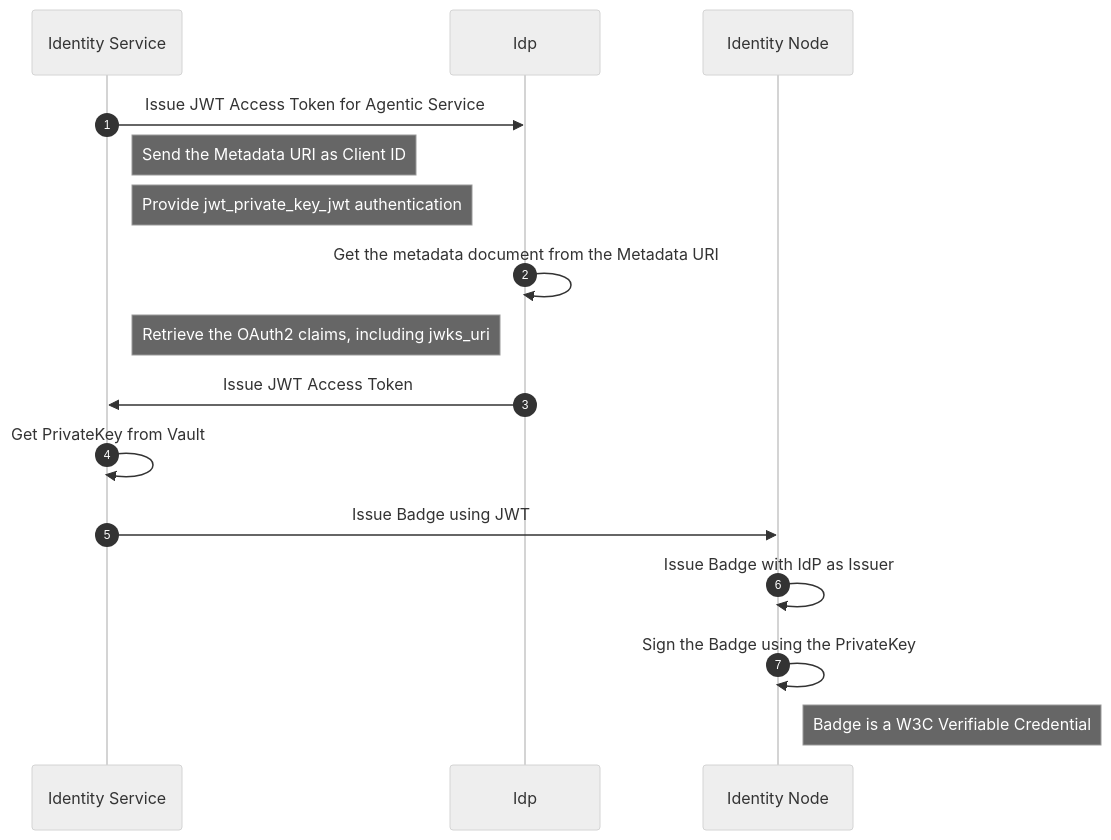
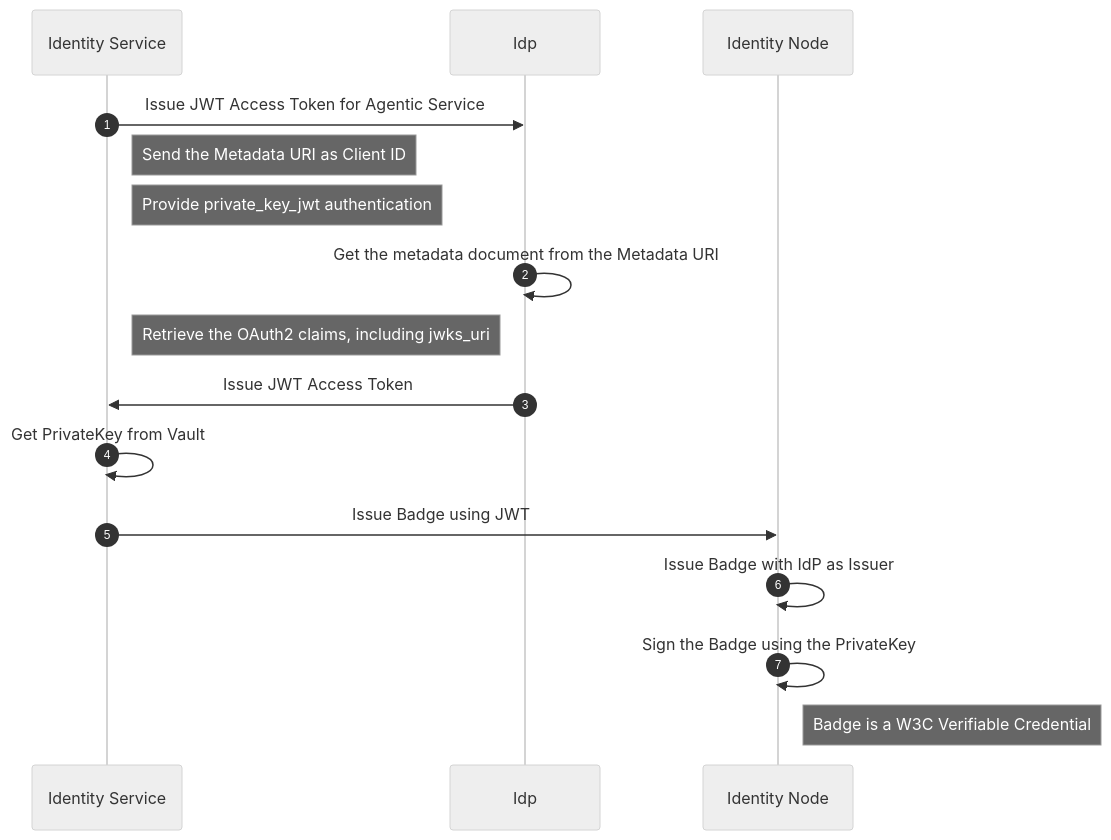
Before and after one commit to agntcy/identity-service: the fourth of 7 diagrams in docs/contribute/wip/1_DCR/proposal.md, drawn with Mermaid (neutral theme).

````diff
--- a/docs/contribute/wip/1_DCR/proposal.md
+++ b/docs/contribute/wip/1_DCR/proposal.md
@@ -83,16 +83,16 @@
 ```mermaid
 sequenceDiagram
 autonumber
 
 Identity Service->>Idp: Issue JWT Access Token for Agentic Service
 note right of Identity Service: Send the Metadata URI as Client ID
-note right of Identity Service: Provide jwt_private_key_jwt authentication
+note right of Identity Service: Provide private_key_jwt authentication
 Idp ->> Idp: Get the metadata document from the Metadata URI
 note left of Idp: Retrieve the OAuth2 claims, including jwks_uri
 Idp ->> Identity Service: Issue JWT Access Token
 Identity Service->>Identity Service: Get PrivateKey from Vault
 Identity Service->>Identity Node: Issue Badge using JWT
 Identity Node->>Identity Node: Issue Badge with IdP as Issuer
 Identity Node->>Identity Node: Sign the Badge using the PrivateKey
 note right of Identity Node: Badge is a W3C Verifiable Credential
 ```
````
